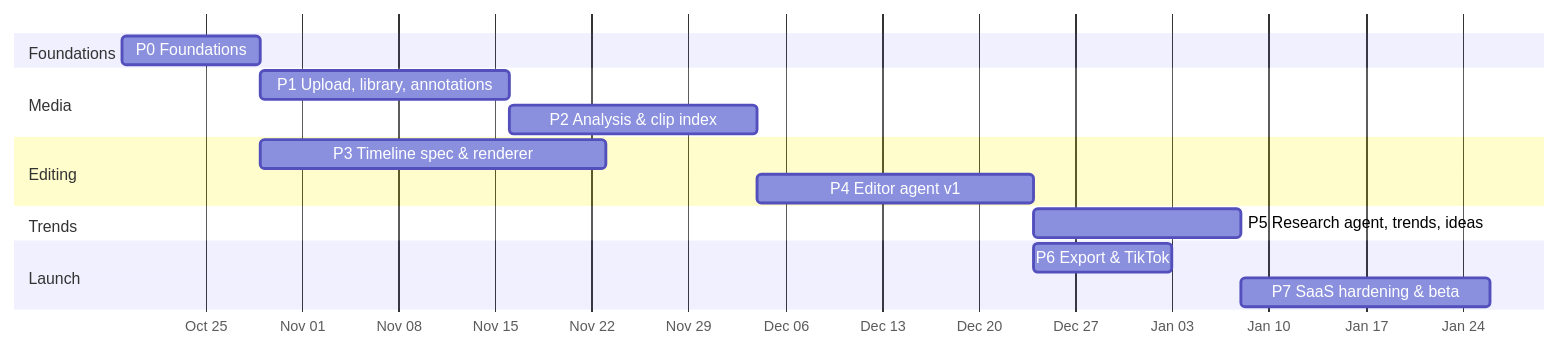
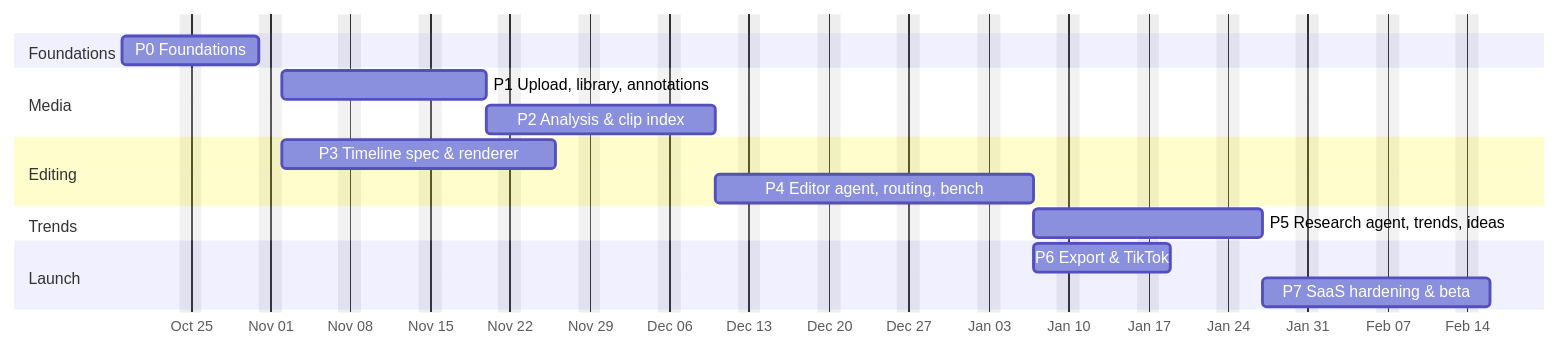
Before and after one commit to nilpntr/content-fabrique: the diagram in docs/04-implementation-plan.md, drawn with Mermaid. The commit also changed other lines of this file and 5 other files, not shown here.

````diff
--- a/docs/04-implementation-plan.md
+++ b/docs/04-implementation-plan.md
@@ -19,18 +19,19 @@
 ```mermaid
 gantt
   dateFormat  YYYY-MM-DD
   axisFormat  %b %d
+  excludes    weekends
   section Foundations
   P0 Foundations                  :p0, 2026-10-19, 10d
   section Media
-  P1 Upload, library, annotations :p1, after p0, 18d
-  P2 Analysis & clip index        :p2, after p1, 18d
+  P1 Upload, library, annotations :p1, after p0, 14d
+  P2 Analysis & clip index        :p2, after p1, 14d
   section Editing
-  P3 Timeline spec & renderer     :p3, after p0, 25d
-  P4 Editor agent v1              :p4, after p2, 20d
+  P3 Timeline spec & renderer     :p3, after p0, 18d
+  P4 Editor agent, routing, bench :p4, after p2, 20d
   section Trends
-  P5 Research agent, trends, ideas:p5, after p4, 15d
+  P5 Research agent, trends, ideas:p5, after p4, 14d
   section Launch
-  P6 Export & TikTok              :p6, after p4, 10d
-  P7 SaaS hardening & beta        :p7, after p5, 18d
+  P6 Export & TikTok              :p6, after p4, 8d
+  P7 SaaS hardening & beta        :p7, after p5, 14d
 ```
````
